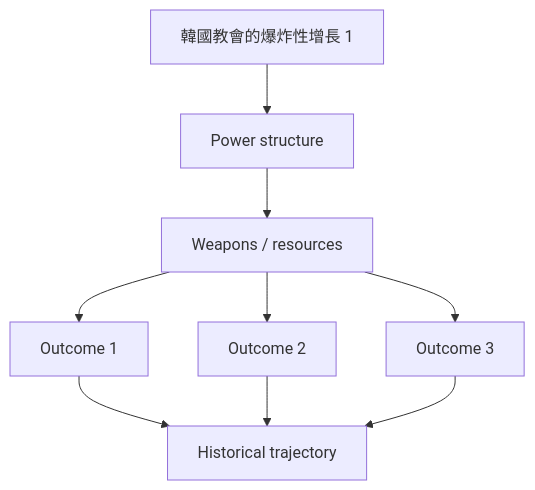
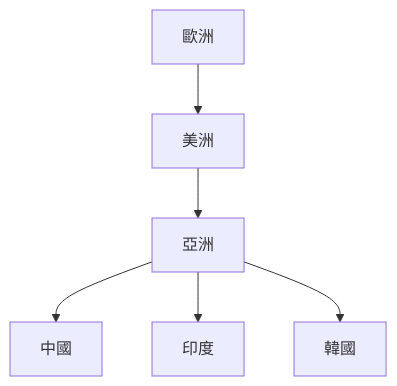
Before and after one commit to yip-lgtm/HKU-Harvard-History-Self-Study: the second of 6 diagrams in 01_HKU_Courses/HIST2202_Christianity_in_Asia.md, drawn with Mermaid. The commit also changed other lines of this file and 48 other files, not shown here.

````diff
--- a/01_HKU_Courses/HIST2202_Christianity_in_Asia.md
+++ b/01_HKU_Courses/HIST2202_Christianity_in_Asia.md
@@ -224,11 +101,8 @@
 ```mermaid
-graph TD
-    A[韓國教會的爆炸性增長 1] --> B[Power structure]
-    B --> C[Weapons / resources]
-    C --> D[Outcome 1]
-    C --> E[Outcome 2]
-    C --> F[Outcome 3]
-    D --> G[Historical trajectory]
-    E --> G
-    F --> G
+flowchart TD
+    A[歐洲] --> B[美洲]
+    B --> C[亞洲]
+    C --> D[中國]
+    C --> E[印度]
+    C --> F[韓國]
 ```
````
